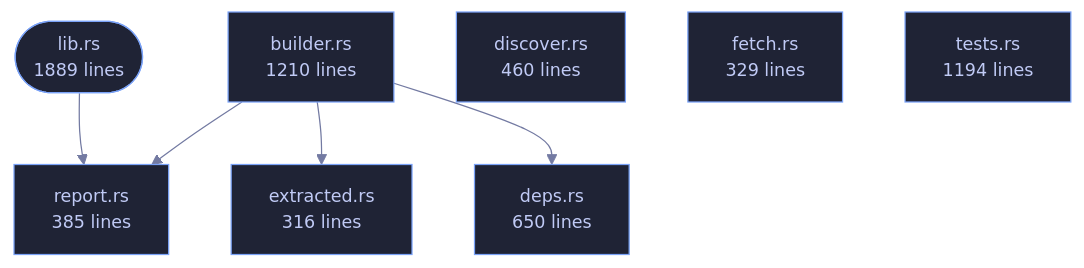
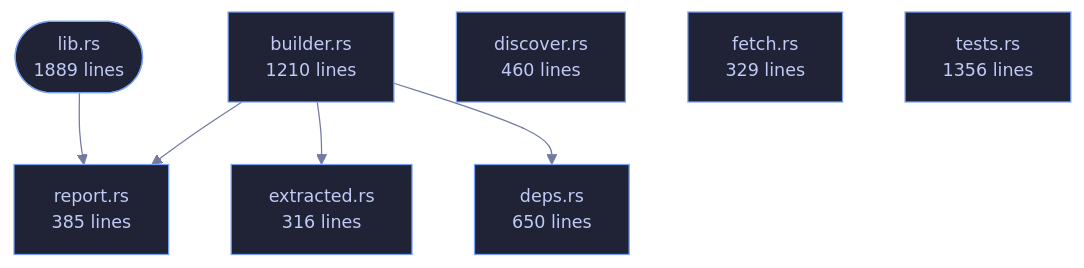
The diagram in crates/veilvoice-verify/README.md (tilas01/veilvoice), drawn with Mermaid before and after one commit. The commit also changed other lines of this file and 45 other files, not shown here.

````diff
--- a/crates/veilvoice-verify/README.md
+++ b/crates/veilvoice-verify/README.md
@@ -93,24 +93,24 @@
 ```mermaid
 %%{init: {"theme":"base","themeVariables":{"background":"#1a1b26","primaryColor":"#1f2335","primaryTextColor":"#c0caf5","primaryBorderColor":"#7aa2f7","secondaryColor":"#16161e","tertiaryColor":"#16161e","lineColor":"#737aa2","textColor":"#c0caf5","mainBkg":"#1f2335","nodeBorder":"#7aa2f7","clusterBkg":"#16161e","clusterBorder":"#2f3549","fontFamily":"ui-monospace, SFMono-Regular, Consolas, monospace","fontSize":"14px"}}}%%
 flowchart TD
     n_lib(["lib.rs<br/>1889 lines"])
     n_builder["builder.rs<br/>1210 lines"]
     n_deps["deps.rs<br/>650 lines"]
     n_discover["discover.rs<br/>460 lines"]
     n_extracted["extracted.rs<br/>316 lines"]
     n_fetch["fetch.rs<br/>329 lines"]
     n_report["report.rs<br/>385 lines"]
-    n_tests["tests.rs<br/>1194 lines"]
+    n_tests["tests.rs<br/>1356 lines"]
     n_builder --> n_deps
     n_builder --> n_extracted
     n_builder --> n_report
     n_lib --> n_report
     click n_lib href "https://github.com/tilas01/veilvoice/blob/main/crates/veilvoice-verify/src/lib.rs" "open the source"
     click n_builder href "https://github.com/tilas01/veilvoice/blob/main/crates/veilvoice-verify/src/builder.rs" "open the source"
     click n_deps href "https://github.com/tilas01/veilvoice/blob/main/crates/veilvoice-verify/src/deps.rs" "open the source"
     click n_discover href "https://github.com/tilas01/veilvoice/blob/main/crates/veilvoice-verify/src/discover.rs" "open the source"
     click n_extracted href "https://github.com/tilas01/veilvoice/blob/main/crates/veilvoice-verify/src/extracted.rs" "open the source"
     click n_fetch href "https://github.com/tilas01/veilvoice/blob/main/crates/veilvoice-verify/src/fetch.rs" "open the source"
     click n_report href "https://github.com/tilas01/veilvoice/blob/main/crates/veilvoice-verify/src/report.rs" "open the source"
     click n_tests href "https://github.com/tilas01/veilvoice/blob/main/crates/veilvoice-verify/src/tests.rs" "open the source"
 ```
````
